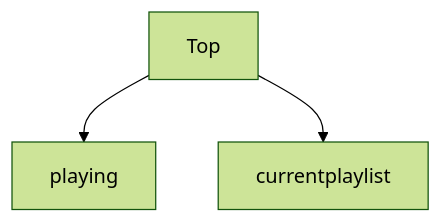
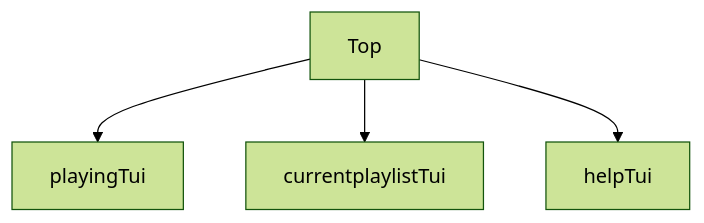
Before and after one commit to limiu82214/lazyAppleMusic: the diagram in README.md, drawn with Mermaid (forest theme). The commit also changed 2 other files, not shown here.

Commit message:
add help tui

````diff
--- a/README.md
+++ b/README.md
@@ -8,5 +8,6 @@
 ```mermaid
 flowchart TD
-    Top --> playing
-    Top --> currentplaylist
+    Top --> playingTui
+    Top --> currentplaylistTui
+    Top --> helpTui
 ```
````
